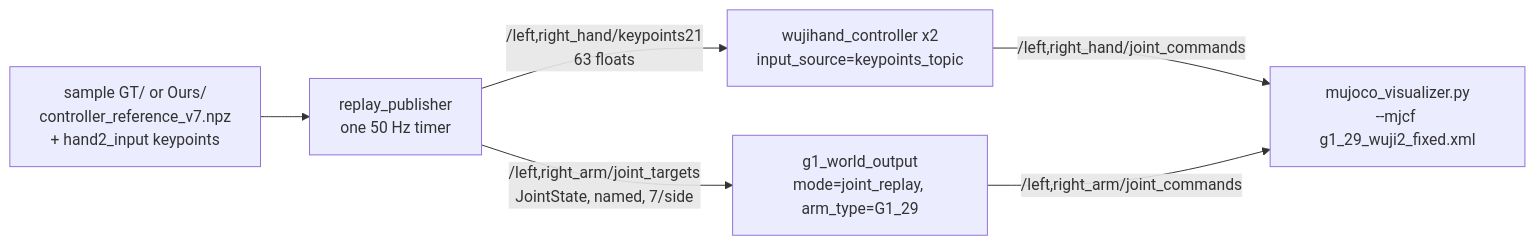
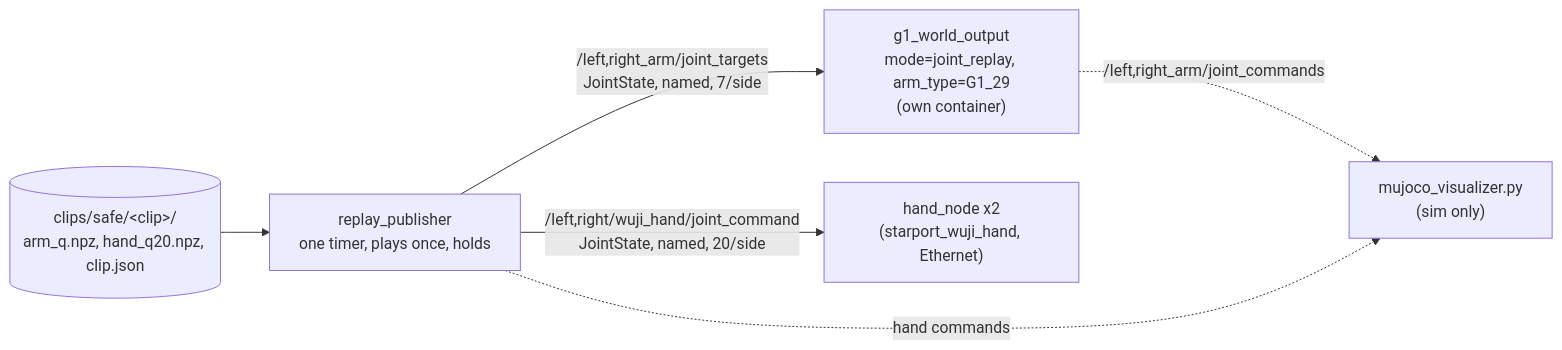
The third of 3 diagrams in docs/architecture.md (MSC-Wuji-Teleop/wuji-hand-teleop), drawn with Mermaid before and after one commit. The commit also changed other lines of this file and 6 other files, not shown here.

Commit message:
Documentation: clip-directory replay path across spec, runbook, usage, architecture; session handoff

````diff
--- a/docs/architecture.md
+++ b/docs/architecture.md
@@ -277,14 +280,14 @@
 ```mermaid
 graph LR
-    NPZ["sample GT/ or Ours/<br/>controller_reference_v7.npz<br/>+ hand2_input keypoints"]
-    SOT["replay_publisher<br/>one 50 Hz timer"]
-    HC["wujihand_controller x2<br/>input_source=keypoints_topic"]
-    G1O["g1_world_output<br/>mode=joint_replay, arm_type=G1_29"]
-    VIZ["mujoco_visualizer.py<br/>--mjcf g1_29_wuji2_fixed.xml"]
+    CLIP[("clips/safe/&lt;clip&gt;/<br/>arm_q.npz, hand_q20.npz, clip.json")]
+    PUB["replay_publisher<br/>one timer, plays once, holds"]
+    G1O["g1_world_output<br/>mode=joint_replay, arm_type=G1_29<br/>(own container)"]
+    HN["hand_node x2<br/>(starport_wuji_hand, Ethernet)"]
+    VIZ["mujoco_visualizer.py<br/>(sim only)"]
 
-    NPZ --> SOT
-    SOT -->|"/left,right_hand/keypoints21<br/>63 floats"| HC
-    SOT -->|"/left,right_arm/joint_targets<br/>JointState, named, 7/side"| G1O
-    HC -->|"/left,right_hand/joint_commands"| VIZ
-    G1O -->|"/left,right_arm/joint_commands"| VIZ
+    CLIP --> PUB
+    PUB -->|"/left,right_arm/joint_targets<br/>JointState, named, 7/side"| G1O
+    PUB -->|"/left,right/wuji_hand/joint_command<br/>JointState, named, 20/side"| HN
+    G1O -.->|"/left,right_arm/joint_commands"| VIZ
+    PUB -.->|"hand commands"| VIZ
 ```
````
